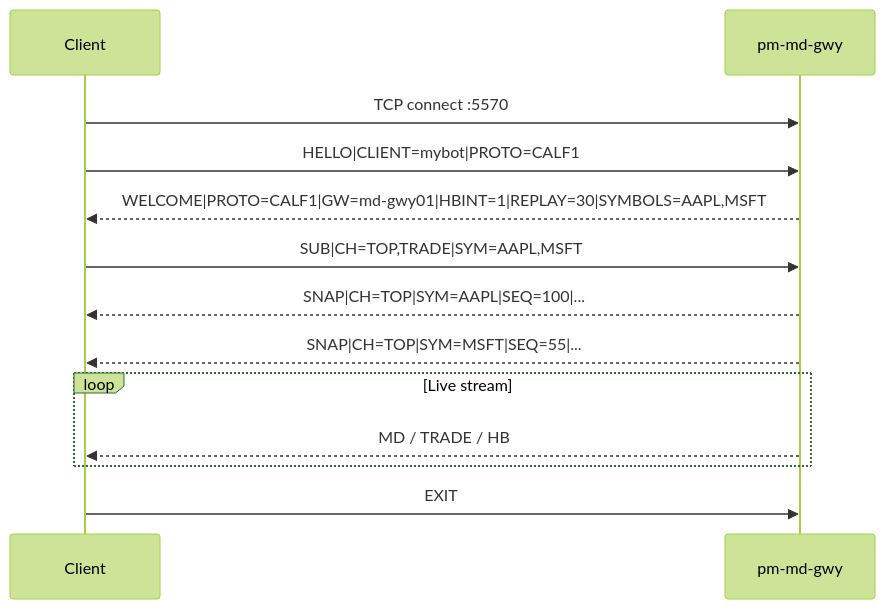
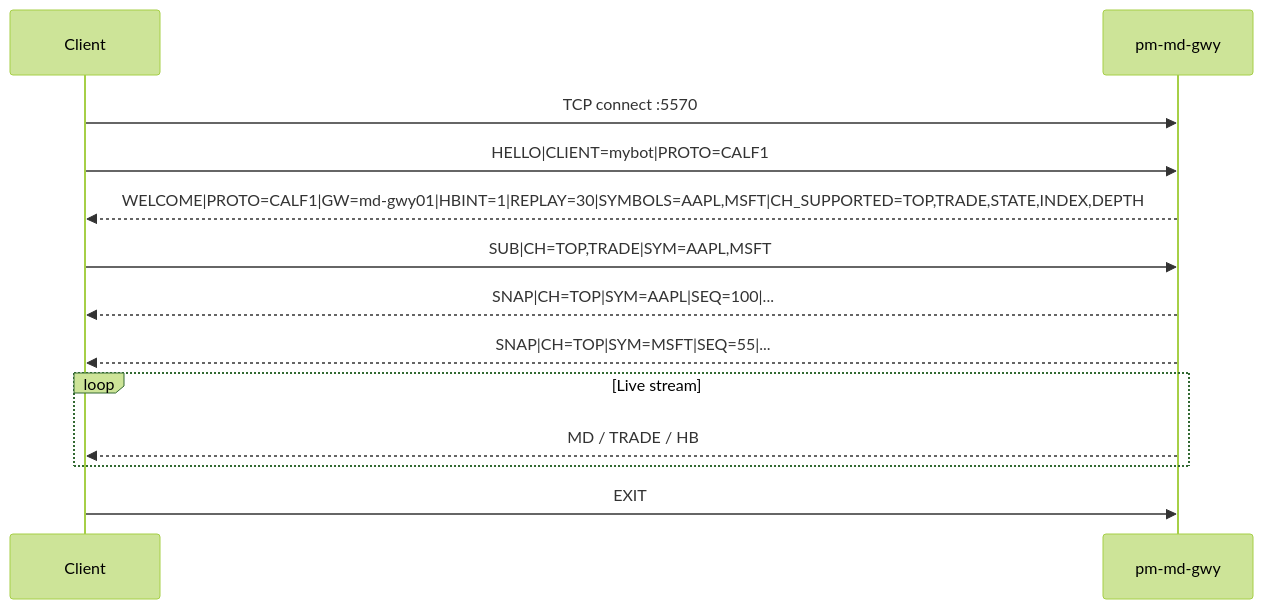
The second of 2 diagrams in docs/user-guide/20-market-data-feed.md (johan162/EduMatcher), drawn with Mermaid (forest theme) before and after one commit. The commit also changed other lines of this file and 6 other files, not shown here.

````diff
--- a/docs/user-guide/20-market-data-feed.md
+++ b/docs/user-guide/20-market-data-feed.md
@@ -261,16 +337,16 @@
 ```mermaid
 sequenceDiagram
     participant C as Client
     participant G as pm-md-gwy
 
     C->>G: TCP connect :5570
     C->>G: HELLO|CLIENT=mybot|PROTO=CALF1
-    G-->>C: WELCOME|PROTO=CALF1|GW=md-gwy01|HBINT=1|REPLAY=30|SYMBOLS=AAPL,MSFT
+    G-->>C: WELCOME|PROTO=CALF1|GW=md-gwy01|HBINT=1|REPLAY=30|SYMBOLS=AAPL,MSFT|CH_SUPPORTED=TOP,TRADE,STATE,INDEX,DEPTH
     C->>G: SUB|CH=TOP,TRADE|SYM=AAPL,MSFT
     G-->>C: SNAP|CH=TOP|SYM=AAPL|SEQ=100|...
     G-->>C: SNAP|CH=TOP|SYM=MSFT|SEQ=55|...
     loop Live stream
         G-->>C: MD / TRADE / HB
     end
     C->>G: EXIT
 ```
````
